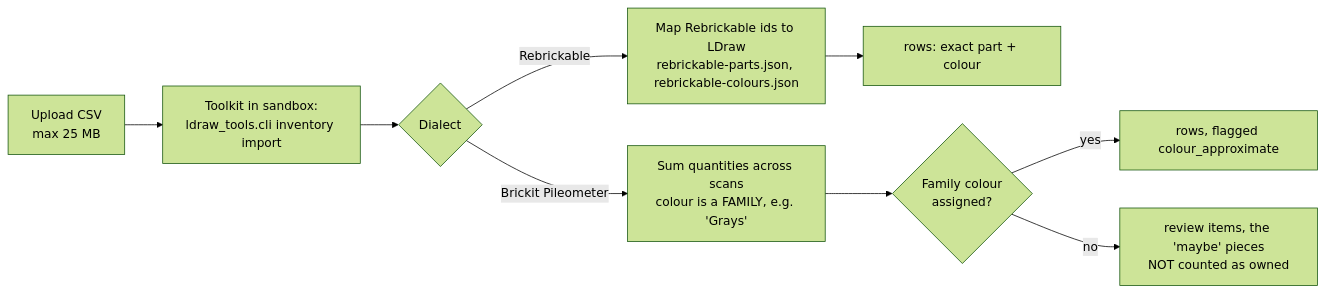
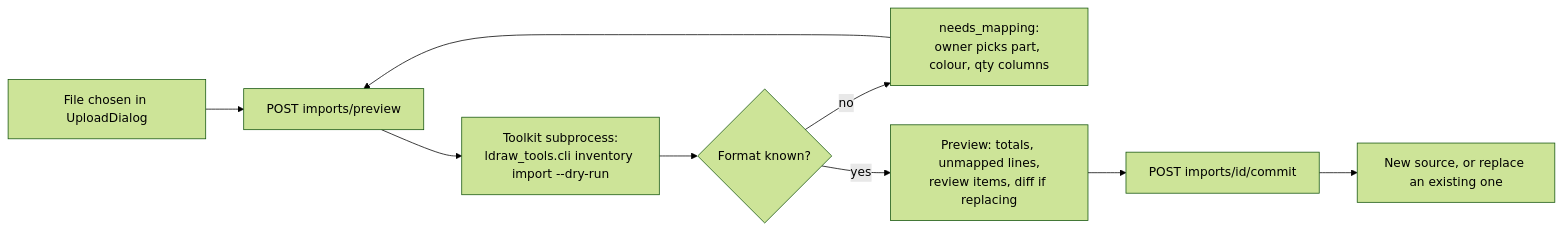
One commit to AlessioNar/ldraw-nova changed the diagram in docs/system/parts-and-collection.md. Above: the diagram before and after it, drawn with Mermaid (forest theme). The commit also changed other lines of this file and 22 other files, not shown here.

````diff
--- a/docs/system/parts-and-collection.md
+++ b/docs/system/parts-and-collection.md
@@ -15,11 +37,11 @@
 ```mermaid
 flowchart LR
-  U[Upload CSV<br/>max 25 MB] --> S[Toolkit in sandbox:<br/>ldraw_tools.cli inventory import]
-  S --> D{Dialect}
-  D -- Rebrickable --> M[Map Rebrickable ids to LDraw<br/>rebrickable-parts.json, rebrickable-colours.json]
-  D -- Brickit Pileometer --> PF[Sum quantities across scans<br/>colour is a FAMILY, e.g. 'Grays']
-  M --> R[rows: exact part + colour]
-  PF --> FC{Family colour<br/>assigned?}
-  FC -- yes --> RA[rows, flagged colour_approximate]
-  FC -- no --> RV[review items, the 'maybe' pieces<br/>NOT counted as owned]
+  F[File chosen in UploadDialog] --> P[POST imports/preview]
+  P --> T[Toolkit subprocess:<br/>ldraw_tools.cli inventory import --dry-run]
+  T --> D{Format known?}
+  D -- no --> M[needs_mapping:<br/>owner picks part, colour, qty columns]
+  M --> P
+  D -- yes --> V[Preview: totals, unmapped lines,<br/>review items, diff if replacing]
+  V --> C[POST imports/id/commit]
+  C --> S[New source, or replace an existing one]
 ```
````
